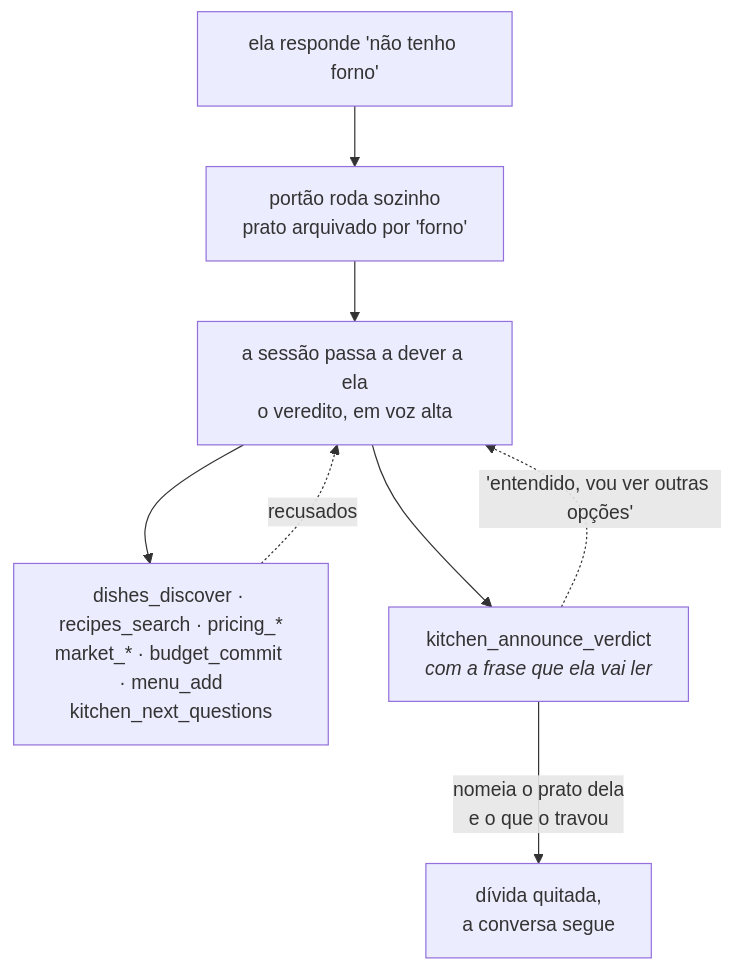
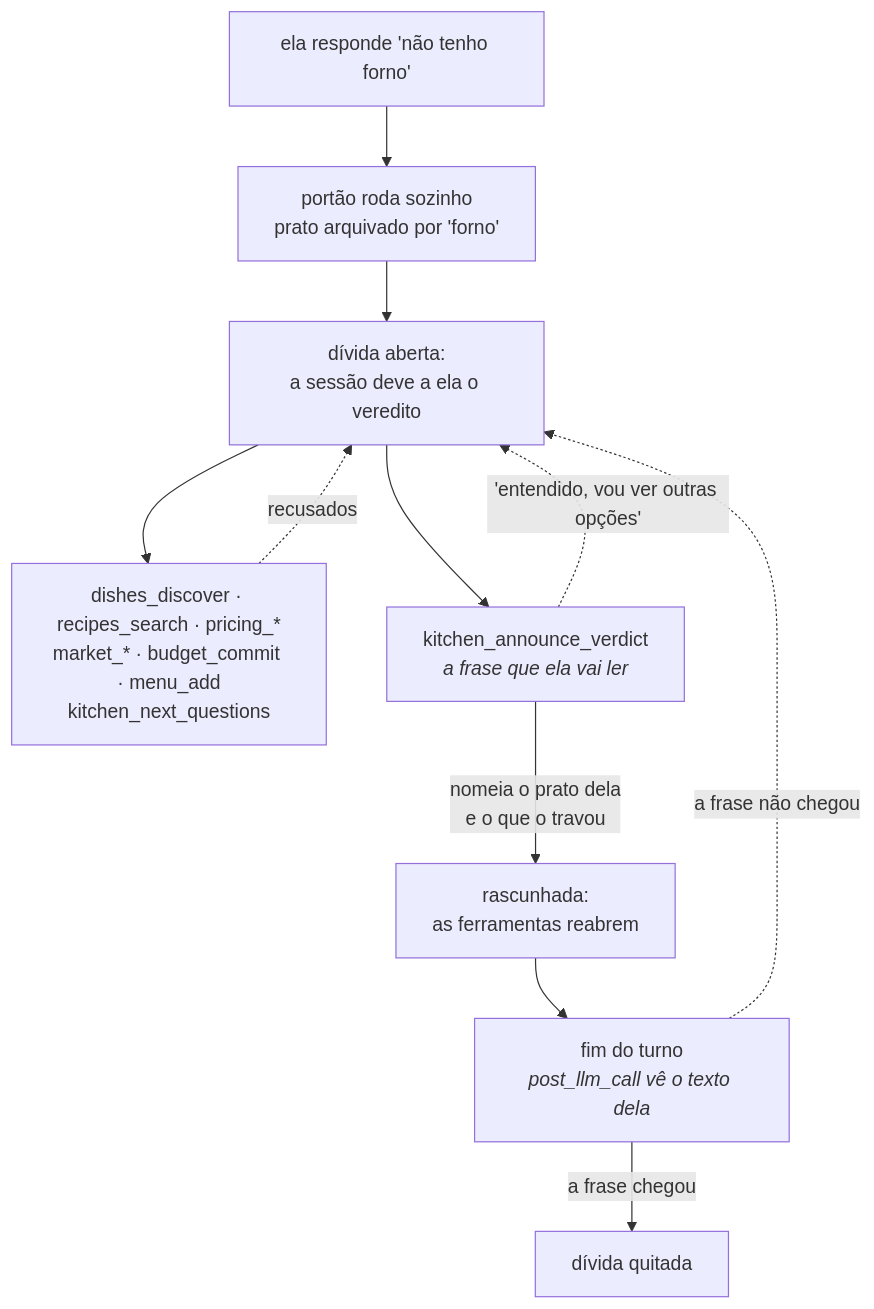
The eighth of 8 diagrams in README.md (lrdsouza/jacquinho), drawn with Mermaid before and after one commit. The commit also changed other lines of this file and 10 other files, not shown here.

````diff
--- a/README.md
+++ b/README.md
@@ -727,10 +817,13 @@
 ```mermaid
 flowchart TD
     N["ela responde 'não tenho forno'"] --> P["portão roda sozinho<br/>prato arquivado por 'forno'"]
-    P --> D["a sessão passa a dever a ela<br/>o veredito, em voz alta"]
+    P --> D["dívida aberta:<br/>a sessão deve a ela o veredito"]
     D --> X["dishes_discover · recipes_search · pricing_*<br/>market_* · budget_commit · menu_add<br/>kitchen_next_questions"]
     X -.->|recusados| D
-    D --> A["kitchen_announce_verdict<br/><i>com a frase que ela vai ler</i>"]
-    A -->|nomeia o prato dela<br/>e o que o travou| L["dívida quitada,<br/>a conversa segue"]
+    D --> A["kitchen_announce_verdict<br/><i>a frase que ela vai ler</i>"]
     A -.->|"'entendido, vou ver outras opções'"| D
+    A -->|nomeia o prato dela<br/>e o que o travou| R["rascunhada:<br/>as ferramentas reabrem"]
+    R --> F["fim do turno<br/><i>post_llm_call vê o texto dela</i>"]
+    F -->|a frase chegou| Q["dívida quitada"]
+    F -.->|"a frase não chegou"| D
 ```
````
